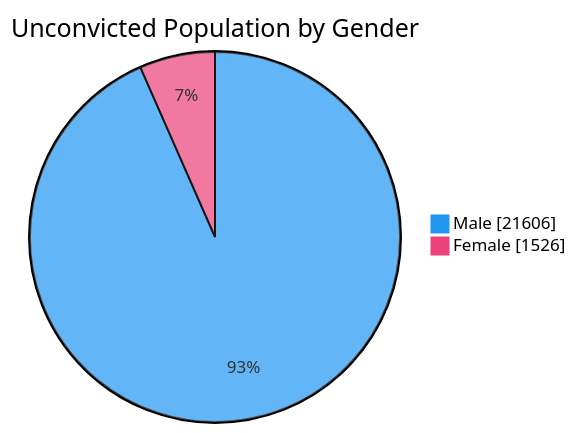
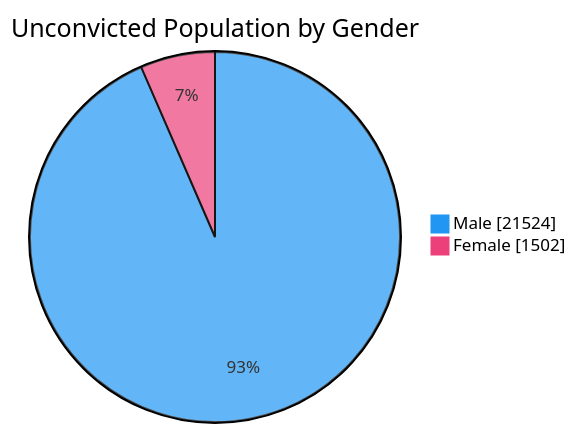
One commit to nuuuwan/lk_prisons changed the fourth of 7 diagrams in README.md. Above: the diagram before and after it, drawn with Mermaid. The commit also changed other lines of this file and 1 other file, not shown here.

````diff
--- a/README.md
+++ b/README.md
@@ -76,6 +76,6 @@
 ```mermaid
 %%{init: {'themeVariables': {'pie1': '#2196F3', 'pie2': '#EC407A'}}}%%
 pie showData title Unconvicted Population by Gender
-    "Male" : 21606
-    "Female" : 1526
+    "Male" : 21524
+    "Female" : 1502
 ```
````
